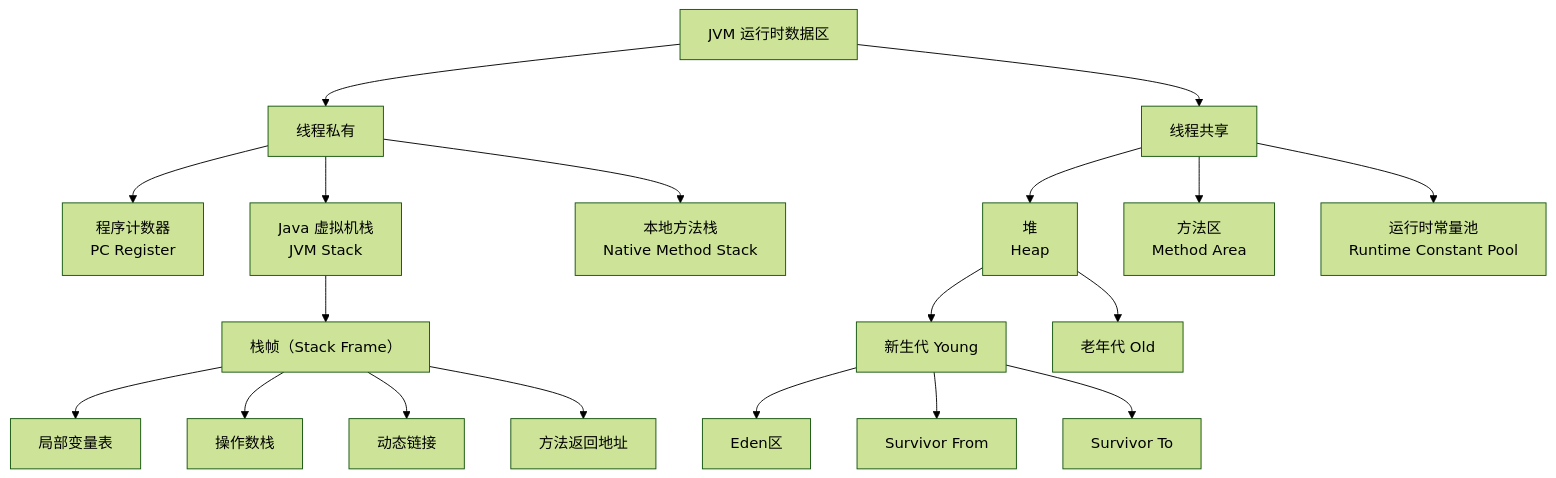
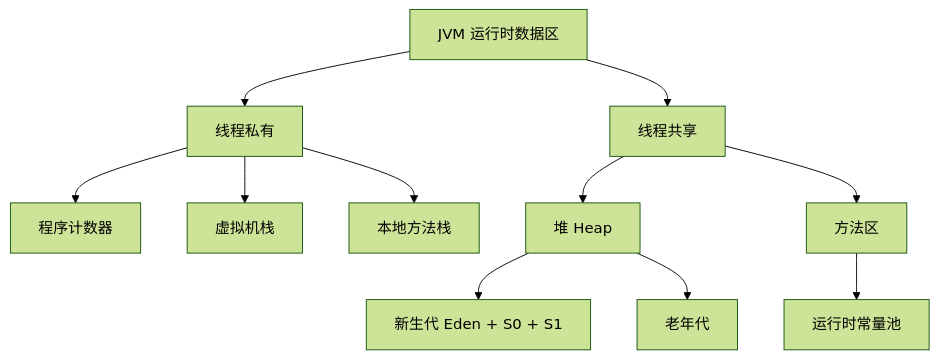
The diagram in 10_DevelopLanguage/001_Java/04_JavaJVMSubject/02、内存区域与管理.md (zz12121/KnowledgeDevelope), drawn with Mermaid (forest theme) before and after one commit. The commit also changed other lines of this file and 132 other files, not shown here.

````diff
--- a/10_DevelopLanguage/001_Java/04_JavaJVMSubject/02、内存区域与管理.md
+++ b/10_DevelopLanguage/001_Java/04_JavaJVMSubject/02、内存区域与管理.md
@@ -4,25 +15,13 @@
 ```mermaid
 flowchart TD
     A[JVM 运行时数据区] --> B[线程私有]
     A --> C[线程共享]
-    
-    B --> B1[程序计数器<br>PC Register]
-    B --> B2[Java 虚拟机栈<br>JVM Stack]
-    B --> B3[本地方法栈<br>Native Method Stack]
-    
-    C --> C1[堆<br>Heap]
-    C --> C2[方法区<br>Method Area]
-    C --> C3[运行时常量池<br>Runtime Constant Pool]
-    
-    B2 --> B2a["栈帧（Stack Frame）"]
-    B2a --> B2a1[局部变量表]
-    B2a --> B2a2[操作数栈]
-    B2a --> B2a3[动态链接]
-    B2a --> B2a4[方法返回地址]
-    
-    C1 --> C1a[新生代 Young]
-    C1a --> C1a1[Eden区]
-    C1a --> C1a2[Survivor From]
-    C1a --> C1a3[Survivor To]
-    C1 --> C1b[老年代 Old]
+    B --> B1[程序计数器]
+    B --> B2[虚拟机栈]
+    B --> B3[本地方法栈]
+    C --> C1[堆 Heap]
+    C --> C2[方法区]
+    C2 --> C3[运行时常量池]
+    C1 --> C1a[新生代 Eden + S0 + S1]
+    C1 --> C1b[老年代]
 ```
````
